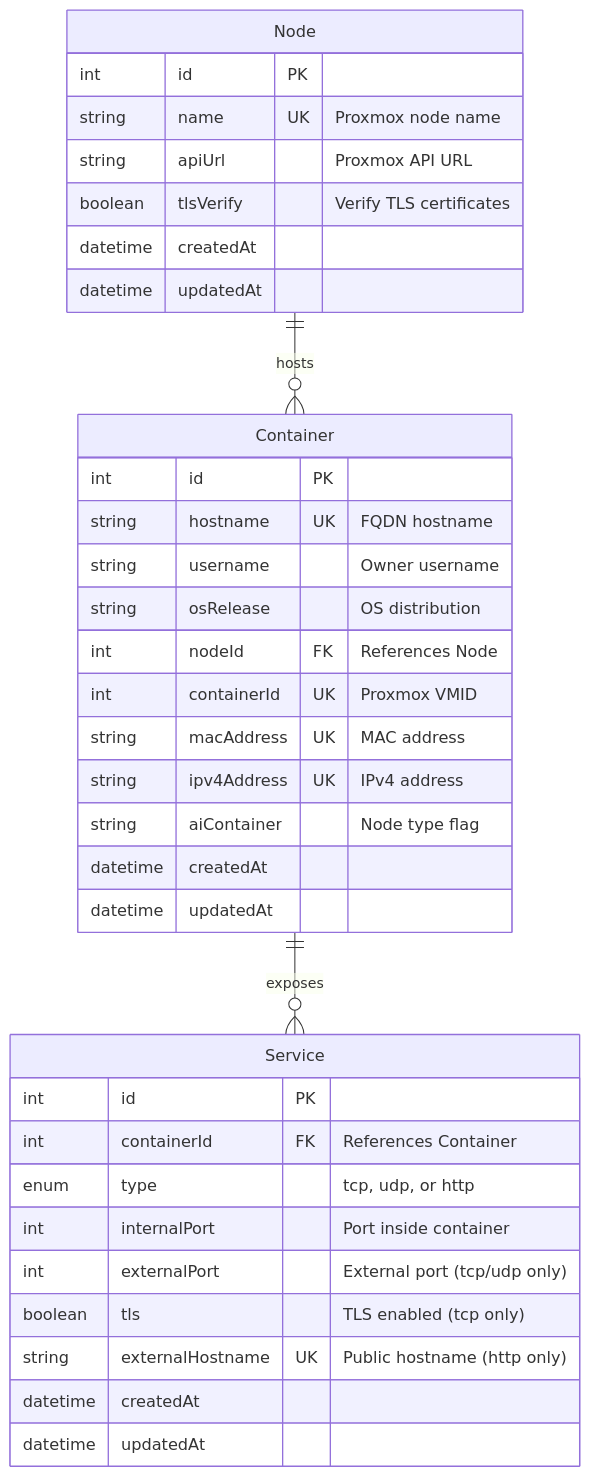
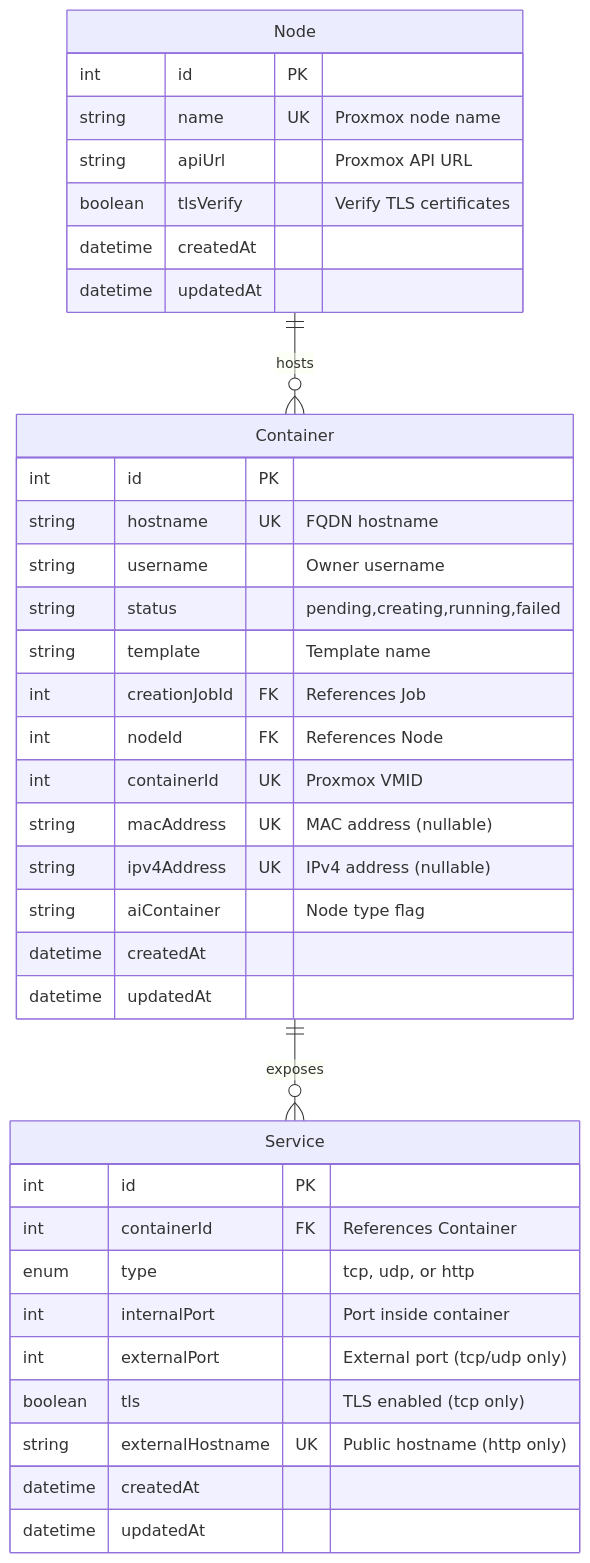
One commit to mieweb/opensource-server changed the diagram in create-a-container/README.md. Above: the diagram before and after it, drawn with Mermaid. The commit also changed other lines of this file and 14 other files, not shown here.

````diff
--- a/create-a-container/README.md
+++ b/create-a-container/README.md
@@ -7,40 +7,42 @@
 ```mermaid
 erDiagram
     Node ||--o{ Container : "hosts"
     Container ||--o{ Service : "exposes"
     
     Node {
         int id PK
         string name UK "Proxmox node name"
         string apiUrl "Proxmox API URL"
         boolean tlsVerify "Verify TLS certificates"
         datetime createdAt
         datetime updatedAt
     }
     
     Container {
         int id PK
         string hostname UK "FQDN hostname"
         string username "Owner username"
-        string osRelease "OS distribution"
+        string status "pending,creating,running,failed"
+        string template "Template name"
+        int creationJobId FK "References Job"
         int nodeId FK "References Node"
         int containerId UK "Proxmox VMID"
-        string macAddress UK "MAC address"
-        string ipv4Address UK "IPv4 address"
+        string macAddress UK "MAC address (nullable)"
+        string ipv4Address UK "IPv4 address (nullable)"
         string aiContainer "Node type flag"
         datetime createdAt
         datetime updatedAt
     }
     
     Service {
         int id PK
         int containerId FK "References Container"
         enum type "tcp, udp, or http"
         int internalPort "Port inside container"
         int externalPort "External port (tcp/udp only)"
         boolean tls "TLS enabled (tcp only)"
         string externalHostname UK "Public hostname (http only)"
         datetime createdAt
         datetime updatedAt
     }
 ```
````
